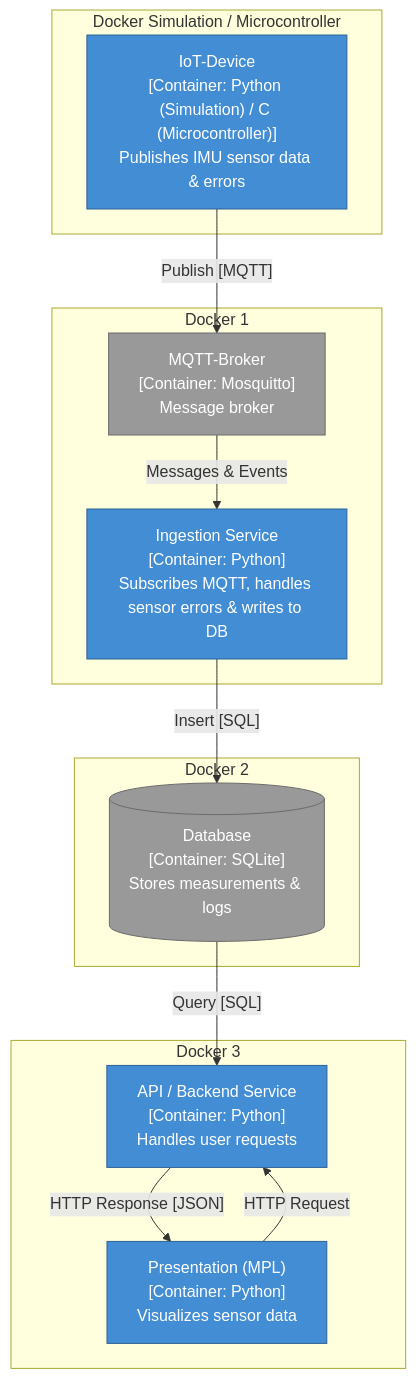
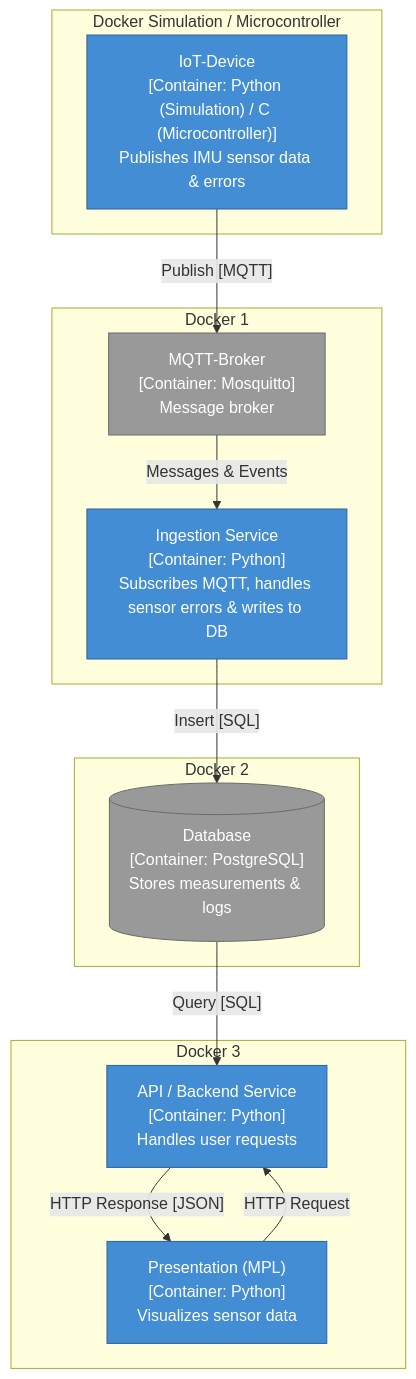
Before and after one commit to schusim/SW_engineeringProject: the second of 5 diagrams in docs/architecture.md, drawn with Mermaid. The commit also changed other lines of this file and 1 other file, not shown here.

````diff
--- a/docs/architecture.md
+++ b/docs/architecture.md
@@ -26,32 +26,32 @@
 ```mermaid
 flowchart TB
     subgraph Microcontroller ["Docker Simulation / Microcontroller"]
         iot["IoT-Device<br/>[Container: Python (Simulation) / C (Microcontroller)]<br/>Publishes IMU sensor data & errors"]
     end
     
     subgraph docker1 ["Docker 1"]
         mqtt["MQTT-Broker<br/>[Container: Mosquitto]<br/>Message broker"]
         collector["Ingestion Service<br/>[Container: Python]<br/>Subscribes MQTT, handles sensor errors & writes to DB"]
     end
 
     subgraph docker2 ["Docker 2"]
-        db[("Database<br/>[Container: SQLite]<br/>Stores measurements & logs")]
+        db[("Database<br/>[Container: PostgreSQL]<br/>Stores measurements & logs")]
     end
 
     subgraph docker3 ["Docker 3"]
         api["API / Backend Service<br/>[Container: Python]<br/>Handles user requests"]
         present["Presentation (MPL)<br/>[Container: Python]<br/>Visualizes sensor data"]
     end
 
     iot -->|"Publish [MQTT]"| mqtt
     mqtt -->|"Messages & Events"| collector
     collector -->|"Insert [SQL]"| db
     db -->|"Query [SQL]"| api
     present -->|"HTTP Request"| api
     api -->|"HTTP Response [JSON]"| present
 
     classDef container fill:#438dd5,stroke:#2e6295,color:#ffffff
     classDef external fill:#999999,stroke:#6b6b6b,color:#ffffff
     class iot,collector,api,present container
     class mqtt,db external
 ```
````
